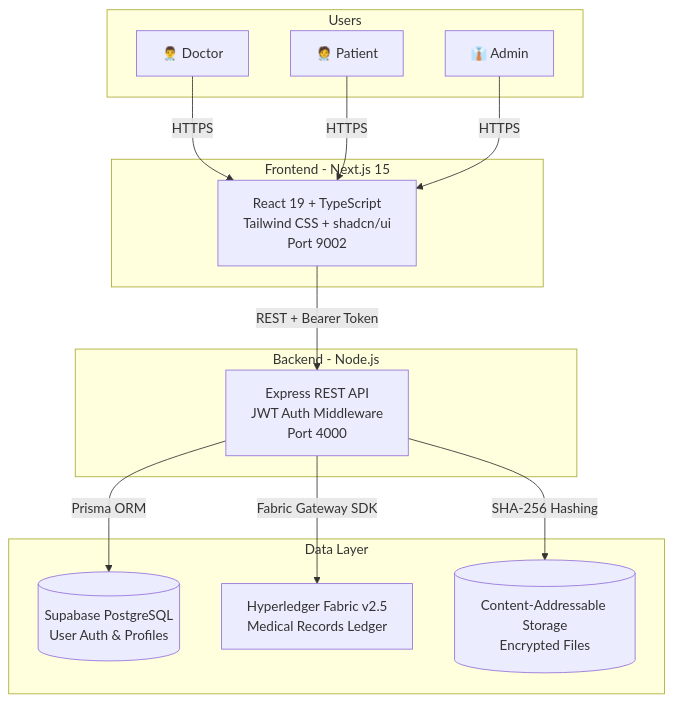
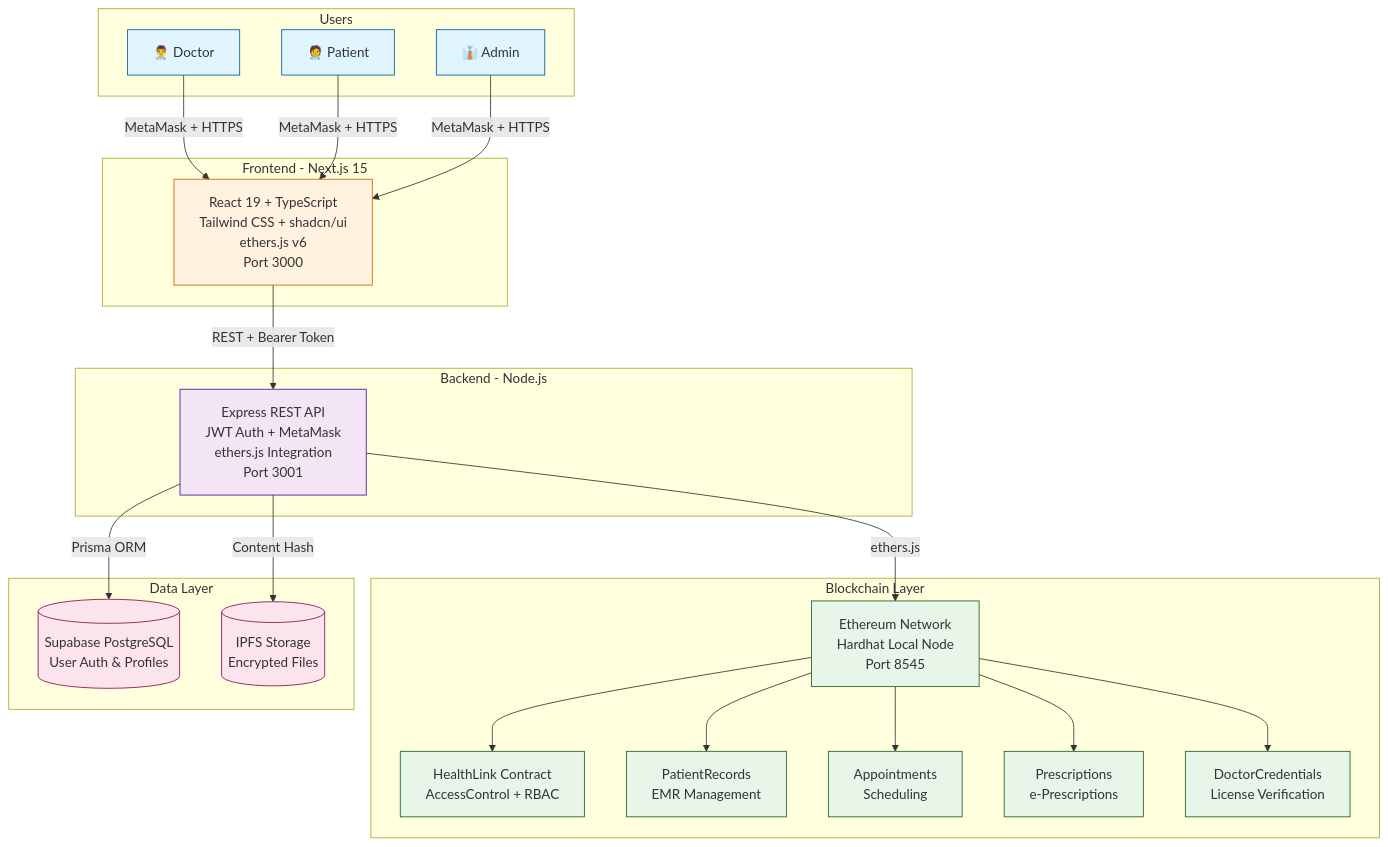
Before and after one commit to deveshyaara/Healthlink_RPC: the diagram in README.md, drawn with Mermaid. The commit also changed other lines of this file and 1122 other files, not shown here.

Commit message:
Migratation from hyperledger to ethereum based solution for HealthLink application

````diff
--- a/README.md
+++ b/README.md
@@ -81,33 +99,49 @@
 ```mermaid
 graph TB
     subgraph "Users"
         U1[👨‍⚕️ Doctor]
         U2[🧑‍⚕️ Patient]
         U3[👔 Admin]
     end
 
     subgraph "Frontend - Next.js 15"
-        FE[React 19 + TypeScript<br/>Tailwind CSS + shadcn/ui<br/>Port 9002]
+        FE[React 19 + TypeScript<br/>Tailwind CSS + shadcn/ui<br/>ethers.js v6<br/>Port 3000]
     end
 
     subgraph "Backend - Node.js"
-        MW[Express REST API<br/>JWT Auth Middleware<br/>Port 4000]
+        MW[Express REST API<br/>JWT Auth + MetaMask<br/>ethers.js Integration<br/>Port 3001]
+    end
+
+    subgraph "Blockchain Layer"
+        ETH[Ethereum Network<br/>Hardhat Local Node<br/>Port 8545]
+        SC1[HealthLink Contract<br/>AccessControl + RBAC]
+        SC2[PatientRecords<br/>EMR Management]
+        SC3[Appointments<br/>Scheduling]
+        SC4[Prescriptions<br/>e-Prescriptions]
+        SC5[DoctorCredentials<br/>License Verification]
     end
 
     subgraph "Data Layer"
         DB[(Supabase PostgreSQL<br/>User Auth & Profiles)]
-        BC[Hyperledger Fabric v2.5<br/>Medical Records Ledger]
-        FS[(Content-Addressable Storage<br/>Encrypted Files)]
+        IPFS[(IPFS Storage<br/>Encrypted Files)]
     end
 
-    U1 & U2 & U3 -->|HTTPS| FE
+    U1 & U2 & U3 -->|MetaMask + HTTPS| FE
     FE -->|REST + Bearer Token| MW
     MW -->|Prisma ORM| DB
-    MW -->|Fabric Gateway SDK| BC
-    MW -->|SHA-256 Hashing| FS
+    MW -->|ethers.js| ETH
+    ETH --> SC1 & SC2 & SC3 & SC4 & SC5
+    MW -->|Content Hash| IPFS
 
     classDef userStyle fill:#e1f5ff,stroke:#01579b
     classDef frontendStyle fill:#fff3e0,stroke:#e65100
     classDef backendStyle fill:#f3e5f5,stroke:#4a148c
-    classDef dataStyle fill:#e8f5e9,stroke:#1b5e20
+    classDef blockchainStyle fill:#e8f5e9,stroke:#1b5e20
+    classDef dataStyle fill:#fce4ec,stroke:#880e4f
+    
+    class U1,U2,U3 userStyle
+    class FE frontendStyle
+    class MW backendStyle
+    class ETH,SC1,SC2,SC3,SC4,SC5 blockchainStyle
+    class DB,IPFS dataStyle
 ```
````
